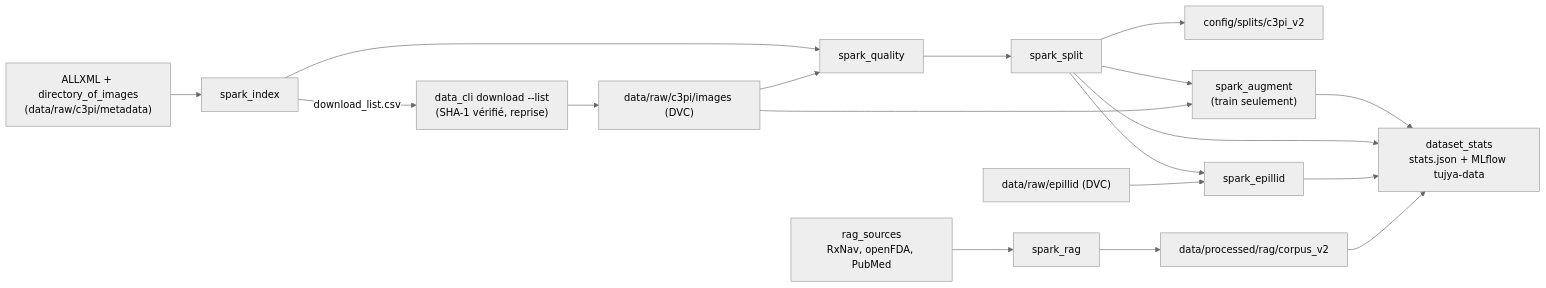
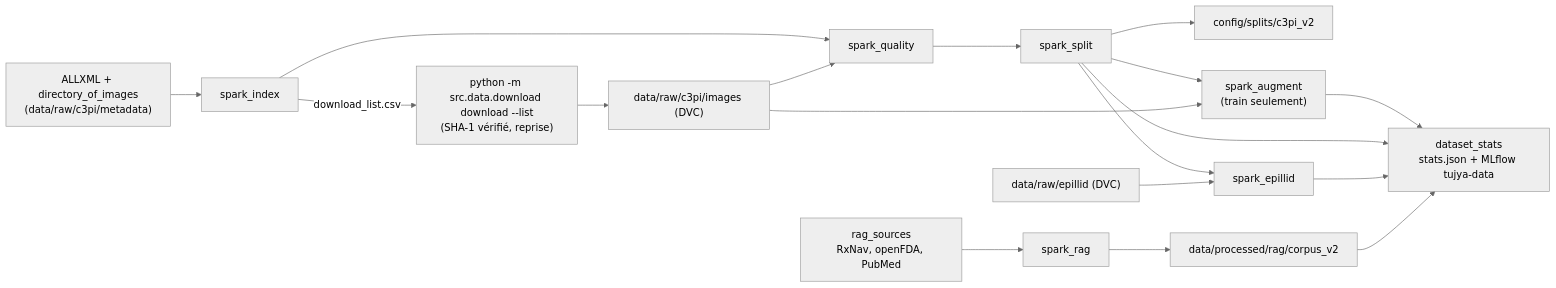
The diagram in docs/module1/big_data.md (melekbouabid/syRX), drawn with Mermaid (neutral theme) before and after one commit. The commit also changed other lines of this file and 35 other files, not shown here.

````diff
--- a/docs/module1/big_data.md
+++ b/docs/module1/big_data.md
@@ -75,20 +75,20 @@
 ```mermaid
 flowchart LR
   M["ALLXML + directory_of_images<br/>(data/raw/c3pi/metadata)"] --> I["spark_index"]
-  I -- "download_list.csv" --> DL["data_cli download --list<br/>(SHA-1 vérifié, reprise)"]
+  I -- "download_list.csv" --> DL["python -m src.data.download download --list<br/>(SHA-1 vérifié, reprise)"]
   DL --> IMG["data/raw/c3pi/images (DVC)"]
   I --> Q["spark_quality"]
   IMG --> Q
   Q --> S["spark_split"]
   S --> SP["config/splits/c3pi_v2"]
   S --> A["spark_augment<br/>(train seulement)"]
   IMG --> A
   S --> E["spark_epillid"]
   EP["data/raw/epillid (DVC)"] --> E
   RS["rag_sources<br/>RxNav, openFDA, PubMed"] --> R["spark_rag"]
   R --> C["data/processed/rag/corpus_v2"]
   A --> ST["dataset_stats<br/>stats.json + MLflow tujya-data"]
   S --> ST
   E --> ST
   C --> ST
 ```
````
